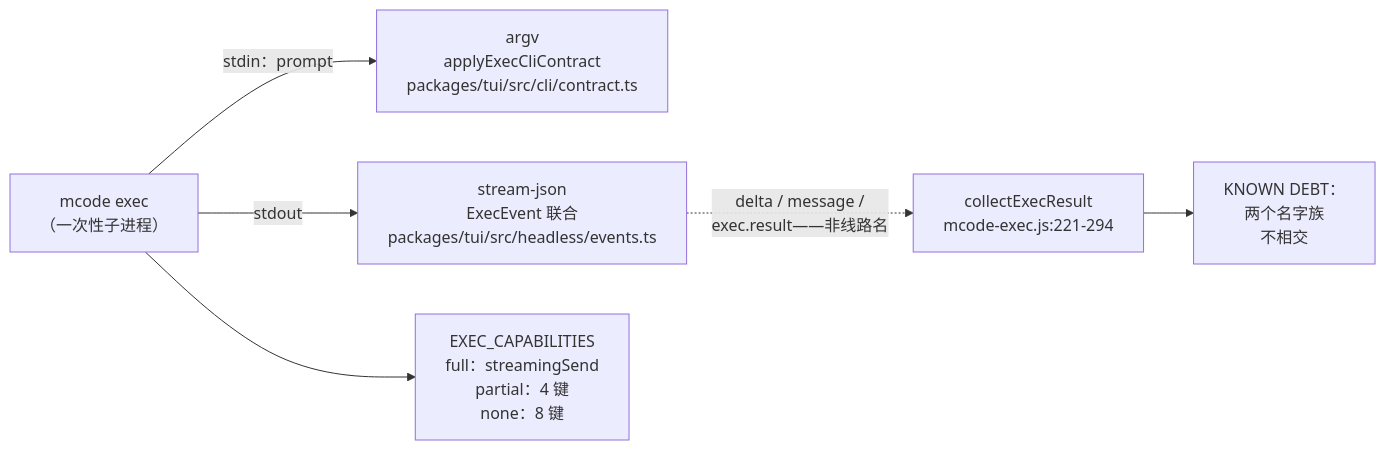
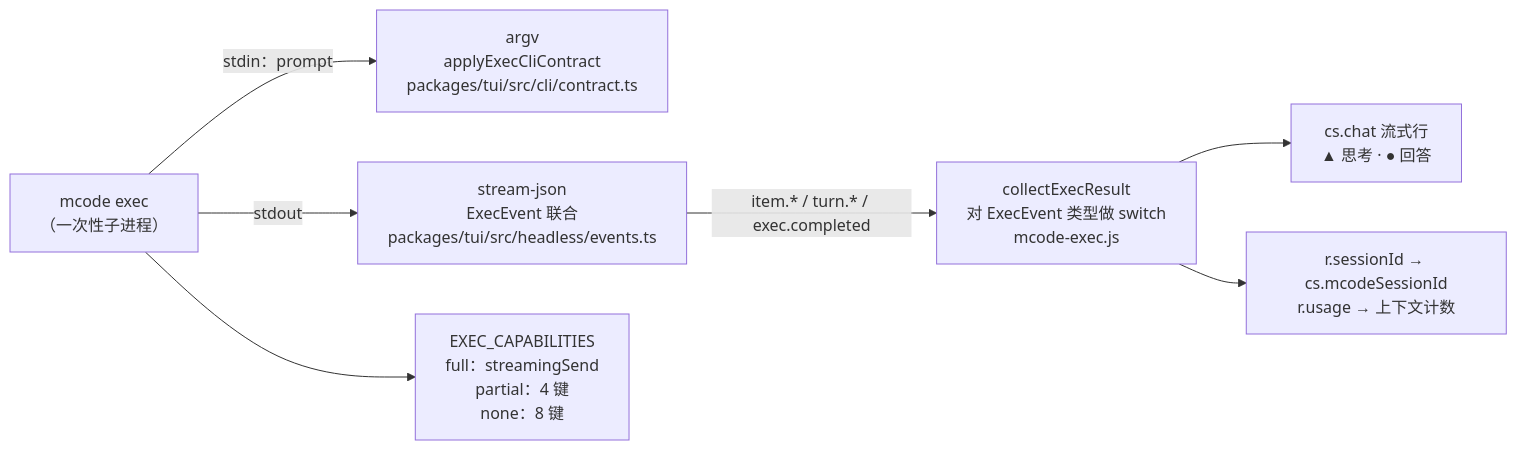
Before and after one commit to mcode-webui/minimax-code-web: the sixth of 6 diagrams in packages/webui/docs/ARCHITECTURE.zh-CN.md, drawn with Mermaid. The commit also changed other lines of this file and 30 other files, not shown here.

First line of the commit message:
fix(webui): exec stream events + P17 svg escape + PB-1 session context actions + PB-8 services window + M4-3a deleteSession facade (#159)

````diff
--- a/packages/webui/docs/ARCHITECTURE.zh-CN.md
+++ b/packages/webui/docs/ARCHITECTURE.zh-CN.md
@@ -629,14 +629,15 @@
 ```mermaid
 graph LR
     EXEC["mcode exec<br/>（一次性子进程）"]
     ARGS["argv<br/>applyExecCliContract<br/>packages/tui/src/cli/contract.ts"]
     WIRE["stream-json<br/>ExecEvent 联合<br/>packages/tui/src/headless/events.ts"]
-    PARSE["collectExecResult<br/>mcode-exec.js:221-294"]
+    PARSE["collectExecResult<br/>对 ExecEvent 类型做 switch<br/>mcode-exec.js"]
 
     EXEC -->|stdin：prompt| ARGS
     EXEC -->|stdout| WIRE
-    WIRE -.->|"delta / message /<br/>exec.result——非线路名"| PARSE
-    PARSE --> GAP["KNOWN DEBT：<br/>两个名字族<br/>不相交"]
+    WIRE -->|"item.* / turn.* / exec.completed"| PARSE
+    PARSE --> CHAT["cs.chat 流式行<br/>▲ 思考 · ● 回答"]
+    PARSE --> SID["r.sessionId → cs.mcodeSessionId<br/>r.usage → 上下文计数"]
 
     EXEC --> DECL["EXEC_CAPABILITIES<br/>full：streamingSend<br/>partial：4 键<br/>none：8 键"]
 ```
````
